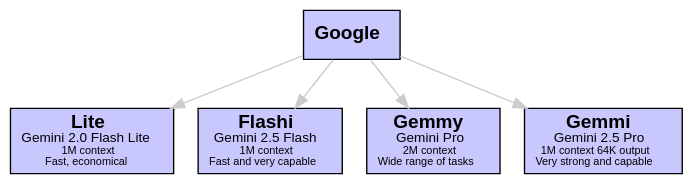
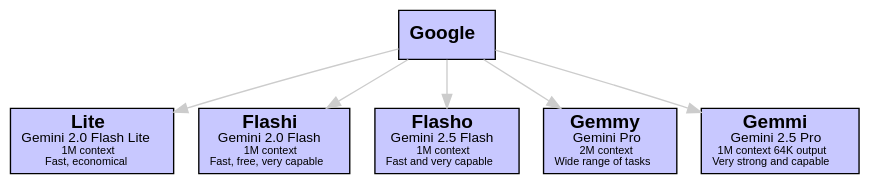
One commit to sswam/allemande changed the seventh of 12 diagrams in doc/guide.md. Above: the diagram before and after it, drawn with Graphviz. The commit also changed other lines of this file and 5 other files, not shown here.

````diff
--- a/doc/guide.md
+++ b/doc/guide.md
@@ -393,18 +395,20 @@
 ```dot
 digraph Google {
     graph [bgcolor=transparent]
     edge [color="#CCCCCC"]
     node [shape=box, style=filled, fillcolor="#C8C8FF", fontname="Helvetica"]
 
     "Google" [label=<<b>Google</b>>]
     "Lite" [label=<<b>Lite</b><br/><font point-size="10">Gemini 2.0 Flash Lite</font><br/><font point-size="8">1M context</font><br/><font point-size="8">Fast, economical</font>>]
-    "Flashi" [label=<<b>Flashi</b><br/><font point-size="10">Gemini 2.5 Flash</font><br/><font point-size="8">1M context</font><br/><font point-size="8">Fast and very capable</font>>]
+    "Flashi" [label=<<b>Flashi</b><br/><font point-size="10">Gemini 2.0 Flash</font><br/><font point-size="8">1M context</font><br/><font point-size="8">Fast, free, very capable</font>>]
+    "Flasho" [label=<<b>Flasho</b><br/><font point-size="10">Gemini 2.5 Flash</font><br/><font point-size="8">1M context</font><br/><font point-size="8">Fast and very capable</font>>]
     "Gemmy" [label=<<b>Gemmy</b><br/><font point-size="10">Gemini Pro</font><br/><font point-size="8">2M context</font><br/><font point-size="8">Wide range of tasks</font>>]
     "Gemmi" [label=<<b>Gemmi</b><br/><font point-size="10">Gemini 2.5 Pro</font><br/><font point-size="8">1M context 64K output</font><br/><font point-size="8">Very strong and capable</font>>]
 
     "Google" -> "Lite"
     "Google" -> "Flashi"
+    "Google" -> "Flasho"
     "Google" -> "Gemmy"
     "Google" -> "Gemmi"
 }
 ```
````
